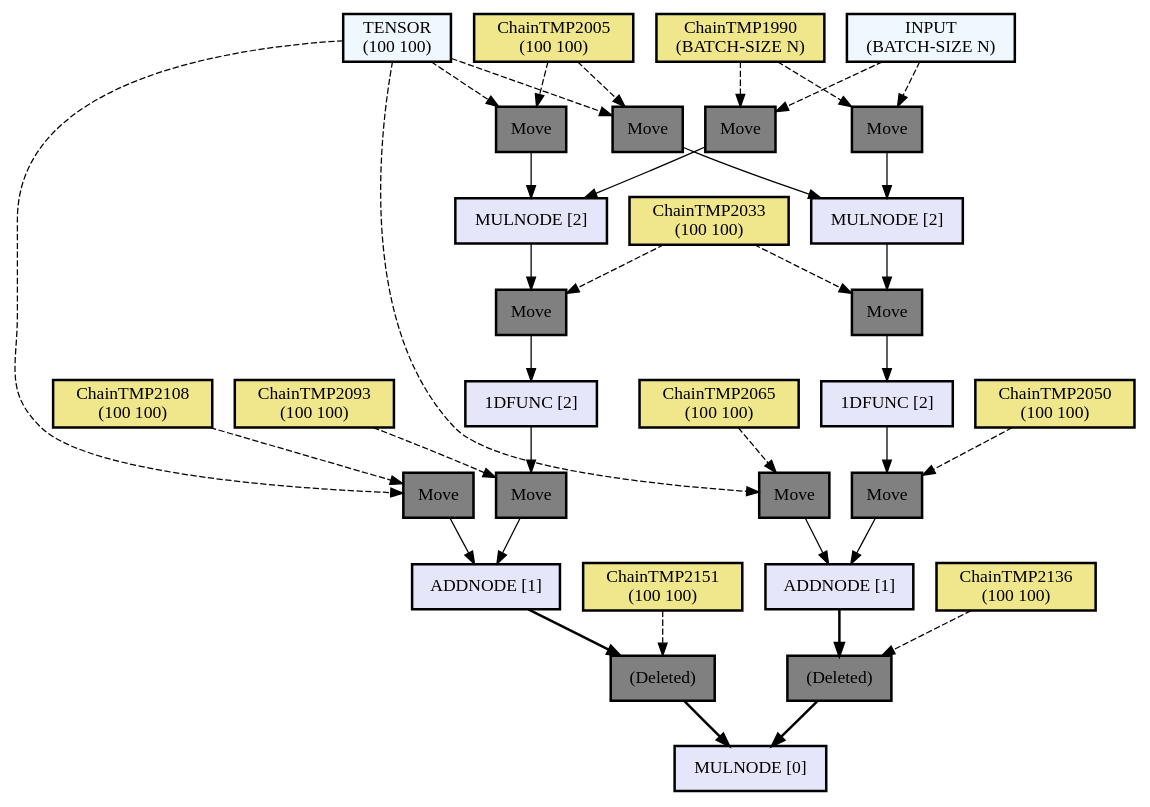
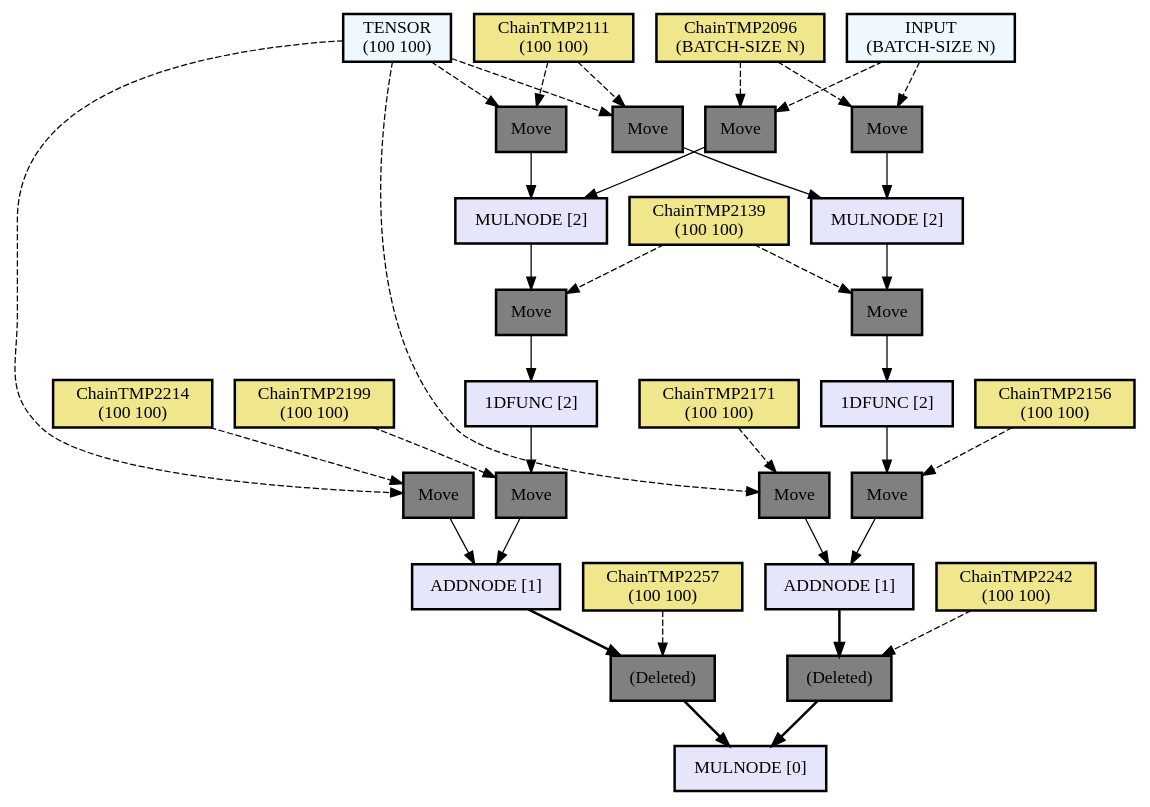
One commit to hikettei/cl-waffe2 changed the diagram in assets/out2.dot. Above: the diagram before and after it, drawn with Graphviz. The commit also changed 14 other files, not shown here.

```diff
--- a/assets/out2.dot
+++ b/assets/out2.dot
@@ -1,94 +1,94 @@
 digraph computation_node {
   node[shape="box" style="filled" color="black" penwidth="2"];
   TENSOR [label = "TENSOR
 (100 100)" fillcolor="#f0f8ff" style="filled, solid"];
-  ChainTMP2108 [label = "ChainTMP2108
+  ChainTMP2214 [label = "ChainTMP2214
 (100 100)" fillcolor="#f0e68c" style="filled, solid"];
-  NODE2300 [label = "Move" fillcolor="gray" style="filled, solid"];
+  NODE2406 [label = "Move" fillcolor="gray" style="filled, solid"];
   TENSOR [label = "TENSOR
 (100 100)" fillcolor="#f0f8ff" style="filled, solid"];
-  ChainTMP2005 [label = "ChainTMP2005
+  ChainTMP2111 [label = "ChainTMP2111
 (100 100)" fillcolor="#f0e68c" style="filled, solid"];
-  NODE2297 [label = "Move" fillcolor="gray" style="filled, solid"];
+  NODE2403 [label = "Move" fillcolor="gray" style="filled, solid"];
   INPUT [label = "INPUT
 (BATCH-SIZE N)" fillcolor="#f0f8ff" style="filled, solid"];
-  ChainTMP1990 [label = "ChainTMP1990
+  ChainTMP2096 [label = "ChainTMP2096
 (BATCH-SIZE N)" fillcolor="#f0e68c" style="filled, solid"];
-  NODE2294 [label = "Move" fillcolor="gray" style="filled, solid"];
-  NODE2293 [label = "MULNODE [2]" fillcolor="#e6e6fa" style="filled, solid"];
-  ChainTMP2033 [label = "ChainTMP2033
+  NODE2400 [label = "Move" fillcolor="gray" style="filled, solid"];
+  NODE2399 [label = "MULNODE [2]" fillcolor="#e6e6fa" style="filled, solid"];
+  ChainTMP2139 [label = "ChainTMP2139
 (100 100)" fillcolor="#f0e68c" style="filled, solid"];
-  NODE2291 [label = "Move" fillcolor="gray" style="filled, solid"];
-  NODE2290 [label = "1DFUNC [2]" fillcolor="#e6e6fa" style="filled, solid"];
-  ChainTMP2093 [label = "ChainTMP2093
+  NODE2397 [label = "Move" fillcolor="gray" style="filled, solid"];
+  NODE2396 [label = "1DFUNC [2]" fillcolor="#e6e6fa" style="filled, solid"];
+  ChainTMP2199 [label = "ChainTMP2199
 (100 100)" fillcolor="#f0e68c" style="filled, solid"];
-  NODE2288 [label = "Move" fillcolor="gray" style="filled, solid"];
-  NODE2287 [label = "ADDNODE [1]" fillcolor="#e6e6fa" style="filled, solid"];
-  ChainTMP2151 [label = "ChainTMP2151
+  NODE2394 [label = "Move" fillcolor="gray" style="filled, solid"];
+  NODE2393 [label = "ADDNODE [1]" fillcolor="#e6e6fa" style="filled, solid"];
+  ChainTMP2257 [label = "ChainTMP2257
 (100 100)" fillcolor="#f0e68c" style="filled, solid"];
-  NODE2285 [label = "(Deleted)" fillcolor="gray" style="filled, solid"];
+  NODE2391 [label = "(Deleted)" fillcolor="gray" style="filled, solid"];
   TENSOR [label = "TENSOR
 (100 100)" fillcolor="#f0f8ff" style="filled, solid"];
-  ChainTMP2065 [label = "ChainTMP2065
+  ChainTMP2171 [label = "ChainTMP2171
 (100 100)" fillcolor="#f0e68c" style="filled, solid"];
-  NODE2282 [label = "Move" fillcolor="gray" style="filled, solid"];
+  NODE2388 [label = "Move" fillcolor="gray" style="filled, solid"];
   TENSOR [label = "TENSOR
 (100 100)" fillcolor="#f0f8ff" style="filled, solid"];
-  ChainTMP2005 [label = "ChainTMP2005
+  ChainTMP2111 [label = "ChainTMP2111
 (100 100)" fillcolor="#f0e68c" style="filled, solid"];
-  NODE2279 [label = "Move" fillcolor="gray" style="filled, solid"];
+  NODE2385 [label = "Move" fillcolor="gray" style="filled, solid"];
   INPUT [label = "INPUT
 (BATCH-SIZE N)" fillcolor="#f0f8ff" style="filled, solid"];
-  ChainTMP1990 [label = "ChainTMP1990
+  ChainTMP2096 [label = "ChainTMP2096
 (BATCH-SIZE N)" fillcolor="#f0e68c" style="filled, solid"];
-  NODE2276 [label = "Move" fillcolor="gray" style="filled, solid"];
-  NODE2275 [label = "MULNODE [2]" fillcolor="#e6e6fa" style="filled, solid"];
-  ChainTMP2033 [label = "ChainTMP2033
+  NODE2382 [label = "Move" fillcolor="gray" style="filled, solid"];
+  NODE2381 [label = "MULNODE [2]" fillcolor="#e6e6fa" style="filled, solid"];
+  ChainTMP2139 [label = "ChainTMP2139
 (100 100)" fillcolor="#f0e68c" style="filled, solid"];
-  NODE2273 [label = "Move" fillcolor="gray" style="filled, solid"];
-  NODE2272 [label = "1DFUNC [2]" fillcolor="#e6e6fa" style="filled, solid"];
-  ChainTMP2050 [label = "ChainTMP2050
+  NODE2379 [label = "Move" fillcolor="gray" style="filled, solid"];
+  NODE2378 [label = "1DFUNC [2]" fillcolor="#e6e6fa" style="filled, solid"];
+  ChainTMP2156 [label = "ChainTMP2156
 (100 100)" fillcolor="#f0e68c" style="filled, solid"];
-  NODE2270 [label = "Move" fillcolor="gray" style="filled, solid"];
-  NODE2269 [label = "ADDNODE [1]" fillcolor="#e6e6fa" style="filled, solid"];
-  ChainTMP2136 [label = "ChainTMP2136
+  NODE2376 [label = "Move" fillcolor="gray" style="filled, solid"];
+  NODE2375 [label = "ADDNODE [1]" fillcolor="#e6e6fa" style="filled, solid"];
+  ChainTMP2242 [label = "ChainTMP2242
 (100 100)" fillcolor="#f0e68c" style="filled, solid"];
-  NODE2267 [label = "(Deleted)" fillcolor="gray" style="filled, solid"];
-  NODE2266 [label = "MULNODE [0]" fillcolor="#e6e6fa" style="filled, solid"];
-  NODE2267 -> NODE2266[penwidth="2"];
-  ChainTMP2136 -> NODE2267[style="dashed"];
-  NODE2269 -> NODE2267[penwidth="2"];
-  NODE2270 -> NODE2269[weight=10];
-  ChainTMP2050 -> NODE2270[style="dashed"];
-  NODE2272 -> NODE2270[weight=10];
-  NODE2273 -> NODE2272[weight=10];
-  ChainTMP2033 -> NODE2273[style="dashed"];
-  NODE2275 -> NODE2273[weight=10];
-  NODE2276 -> NODE2275[weight=10];
-  ChainTMP1990 -> NODE2276[style="dashed"];
-  INPUT -> NODE2276[style="dashed"];
-  NODE2279 -> NODE2275[weight=10];
-  ChainTMP2005 -> NODE2279[style="dashed"];
-  TENSOR -> NODE2279[style="dashed"];
-  NODE2282 -> NODE2269[weight=10];
-  ChainTMP2065 -> NODE2282[style="dashed"];
-  TENSOR -> NODE2282[style="dashed"];
-  NODE2285 -> NODE2266[penwidth="2"];
-  ChainTMP2151 -> NODE2285[style="dashed"];
-  NODE2287 -> NODE2285[penwidth="2"];
-  NODE2288 -> NODE2287[weight=10];
-  ChainTMP2093 -> NODE2288[style="dashed"];
-  NODE2290 -> NODE2288[weight=10];
-  NODE2291 -> NODE2290[weight=10];
-  ChainTMP2033 -> NODE2291[style="dashed"];
-  NODE2293 -> NODE2291[weight=10];
-  NODE2294 -> NODE2293[weight=10];
-  ChainTMP1990 -> NODE2294[style="dashed"];
-  INPUT -> NODE2294[style="dashed"];
-  NODE2297 -> NODE2293[weight=10];
-  ChainTMP2005 -> NODE2297[style="dashed"];
-  TENSOR -> NODE2297[style="dashed"];
-  NODE2300 -> NODE2287[weight=10];
-  ChainTMP2108 -> NODE2300[style="dashed"];
-  TENSOR -> NODE2300[style="dashed"];
+  NODE2373 [label = "(Deleted)" fillcolor="gray" style="filled, solid"];
+  NODE2372 [label = "MULNODE [0]" fillcolor="#e6e6fa" style="filled, solid"];
+  NODE2373 -> NODE2372[penwidth="2"];
+  ChainTMP2242 -> NODE2373[style="dashed"];
+  NODE2375 -> NODE2373[penwidth="2"];
+  NODE2376 -> NODE2375[weight=10];
+  ChainTMP2156 -> NODE2376[style="dashed"];
+  NODE2378 -> NODE2376[weight=10];
+  NODE2379 -> NODE2378[weight=10];
+  ChainTMP2139 -> NODE2379[style="dashed"];
+  NODE2381 -> NODE2379[weight=10];
+  NODE2382 -> NODE2381[weight=10];
+  ChainTMP2096 -> NODE2382[style="dashed"];
+  INPUT -> NODE2382[style="dashed"];
+  NODE2385 -> NODE2381[weight=10];
+  ChainTMP2111 -> NODE2385[style="dashed"];
+  TENSOR -> NODE2385[style="dashed"];
+  NODE2388 -> NODE2375[weight=10];
+  ChainTMP2171 -> NODE2388[style="dashed"];
+  TENSOR -> NODE2388[style="dashed"];
+  NODE2391 -> NODE2372[penwidth="2"];
+  ChainTMP2257 -> NODE2391[style="dashed"];
+  NODE2393 -> NODE2391[penwidth="2"];
+  NODE2394 -> NODE2393[weight=10];
+  ChainTMP2199 -> NODE2394[style="dashed"];
+  NODE2396 -> NODE2394[weight=10];
+  NODE2397 -> NODE2396[weight=10];
+  ChainTMP2139 -> NODE2397[style="dashed"];
+  NODE2399 -> NODE2397[weight=10];
+  NODE2400 -> NODE2399[weight=10];
+  ChainTMP2096 -> NODE2400[style="dashed"];
+  INPUT -> NODE2400[style="dashed"];
+  NODE2403 -> NODE2399[weight=10];
+  ChainTMP2111 -> NODE2403[style="dashed"];
+  TENSOR -> NODE2403[style="dashed"];
+  NODE2406 -> NODE2393[weight=10];
+  ChainTMP2214 -> NODE2406[style="dashed"];
+  TENSOR -> NODE2406[style="dashed"];
 }
```
